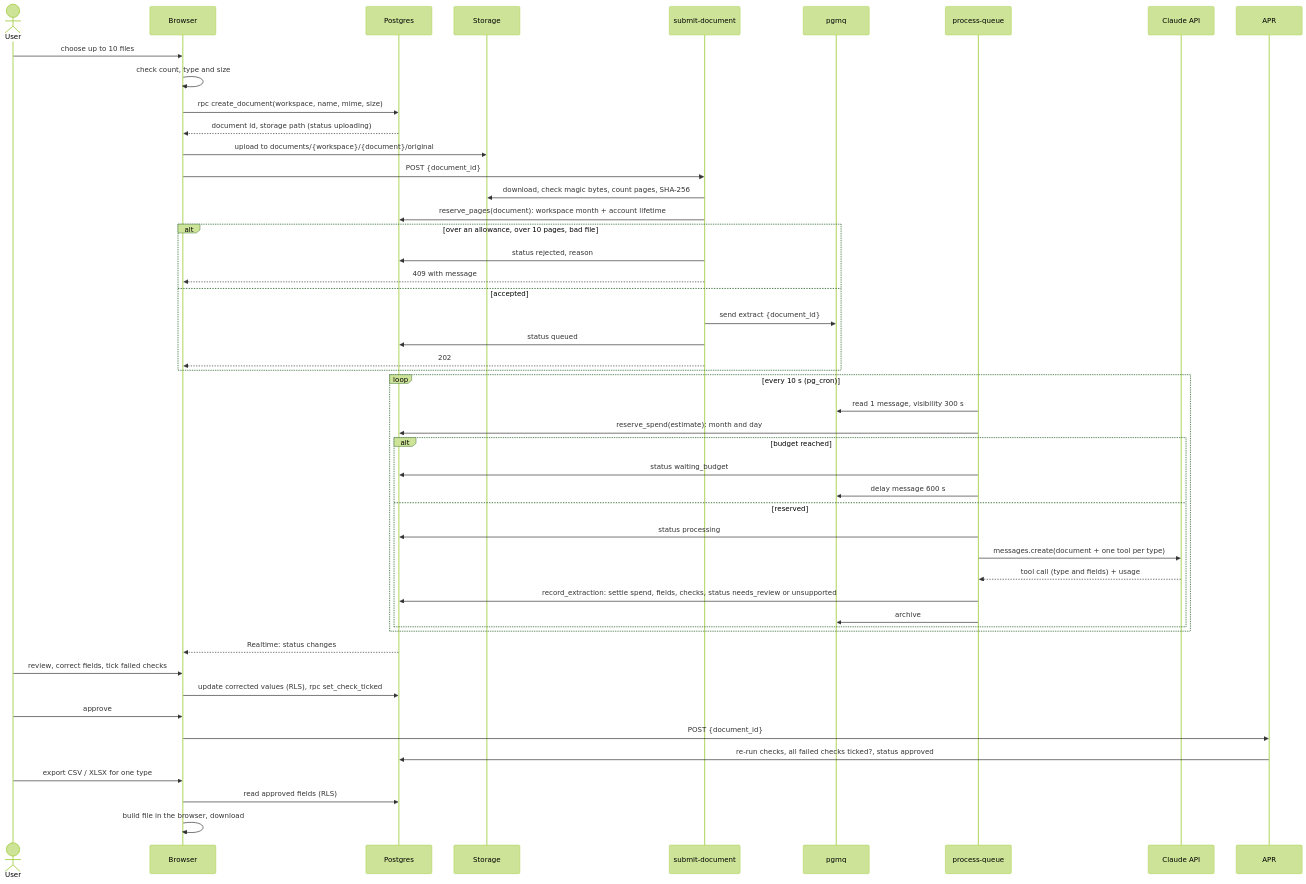
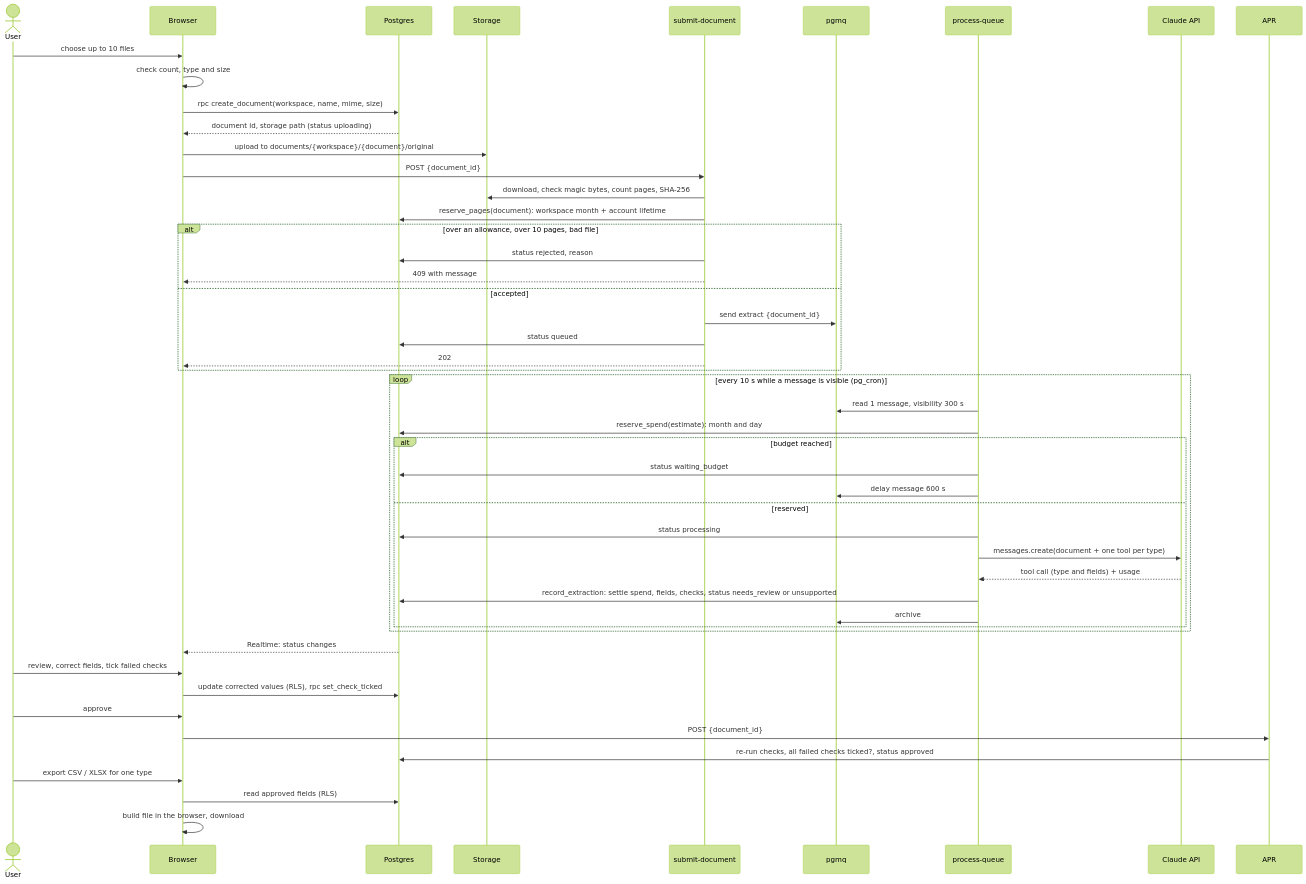
Before and after one commit to LucaFastDev/doc-extract: the second of 3 diagrams in docs/ARCHITECTURE.md, drawn with Mermaid (forest theme). The commit also changed other lines of this file and 3 other files, not shown here.

First line of the commit message:
Post to process-queue only when a message is visible (#135)

````diff
--- a/docs/ARCHITECTURE.md
+++ b/docs/ARCHITECTURE.md
@@ -80,51 +80,51 @@
 ```mermaid
 sequenceDiagram
   actor U as User
   participant UI as Browser
   participant DB as Postgres
   participant ST as Storage
   participant SUB as submit-document
   participant Q as pgmq
   participant PQ as process-queue
   participant C as Claude API
 
   U->>UI: choose up to 10 files
   UI->>UI: check count, type and size
   UI->>DB: rpc create_document(workspace, name, mime, size)
   DB-->>UI: document id, storage path (status uploading)
   UI->>ST: upload to documents/{workspace}/{document}/original
   UI->>SUB: POST {document_id}
   SUB->>ST: download, check magic bytes, count pages, SHA-256
   SUB->>DB: reserve_pages(document): workspace month + account lifetime
   alt over an allowance, over 10 pages, bad file
     SUB->>DB: status rejected, reason
     SUB-->>UI: 409 with message
   else accepted
     SUB->>Q: send extract {document_id}
     SUB->>DB: status queued
     SUB-->>UI: 202
   end
-  loop every 10 s (pg_cron)
+  loop every 10 s while a message is visible (pg_cron)
     PQ->>Q: read 1 message, visibility 300 s
     PQ->>DB: reserve_spend(estimate): month and day
     alt budget reached
       PQ->>DB: status waiting_budget
       PQ->>Q: delay message 600 s
     else reserved
       PQ->>DB: status processing
       PQ->>C: messages.create(document + one tool per type)
       C-->>PQ: tool call (type and fields) + usage
       PQ->>DB: record_extraction: settle spend, fields, checks, status needs_review or unsupported
       PQ->>Q: archive
     end
   end
   DB-->>UI: Realtime: status changes
   U->>UI: review, correct fields, tick failed checks
   UI->>DB: update corrected values (RLS), rpc set_check_ticked
   U->>UI: approve
   UI->>APR: POST {document_id}
   APR->>DB: re-run checks, all failed checks ticked?, status approved
   U->>UI: export CSV / XLSX for one type
   UI->>DB: read approved fields (RLS)
   UI->>UI: build file in the browser, download
 ```
````
